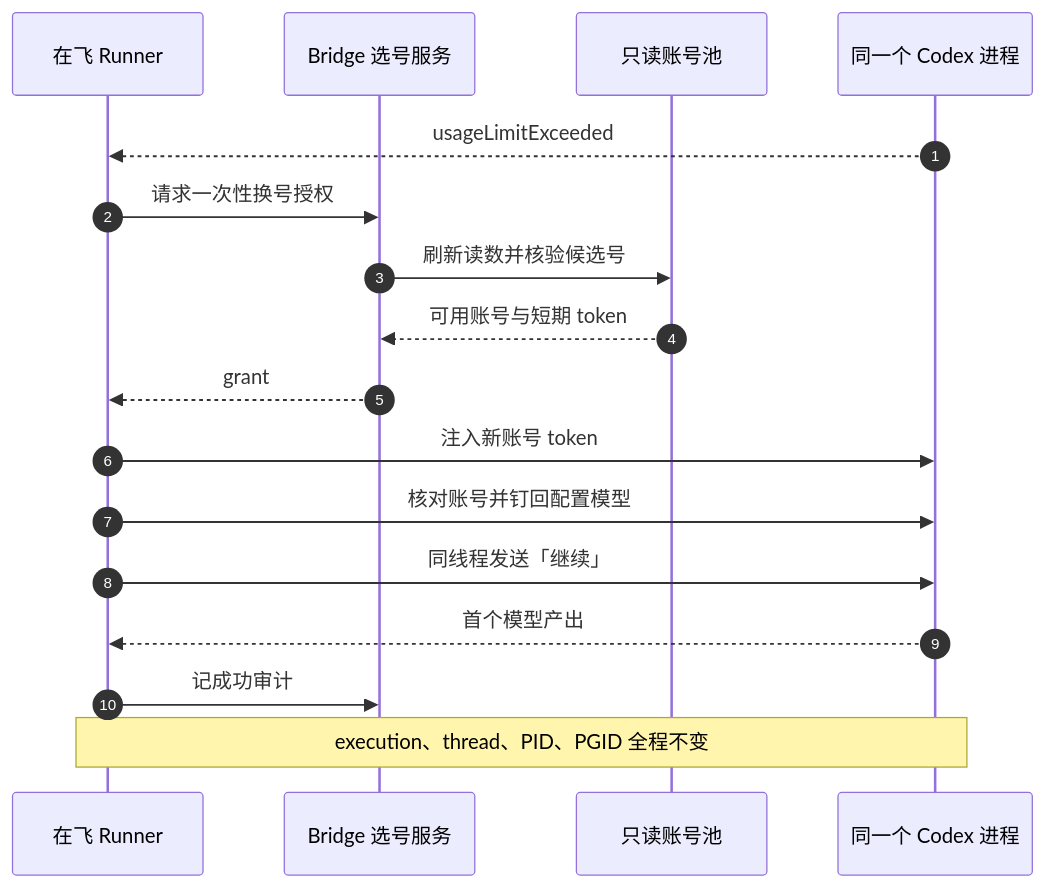
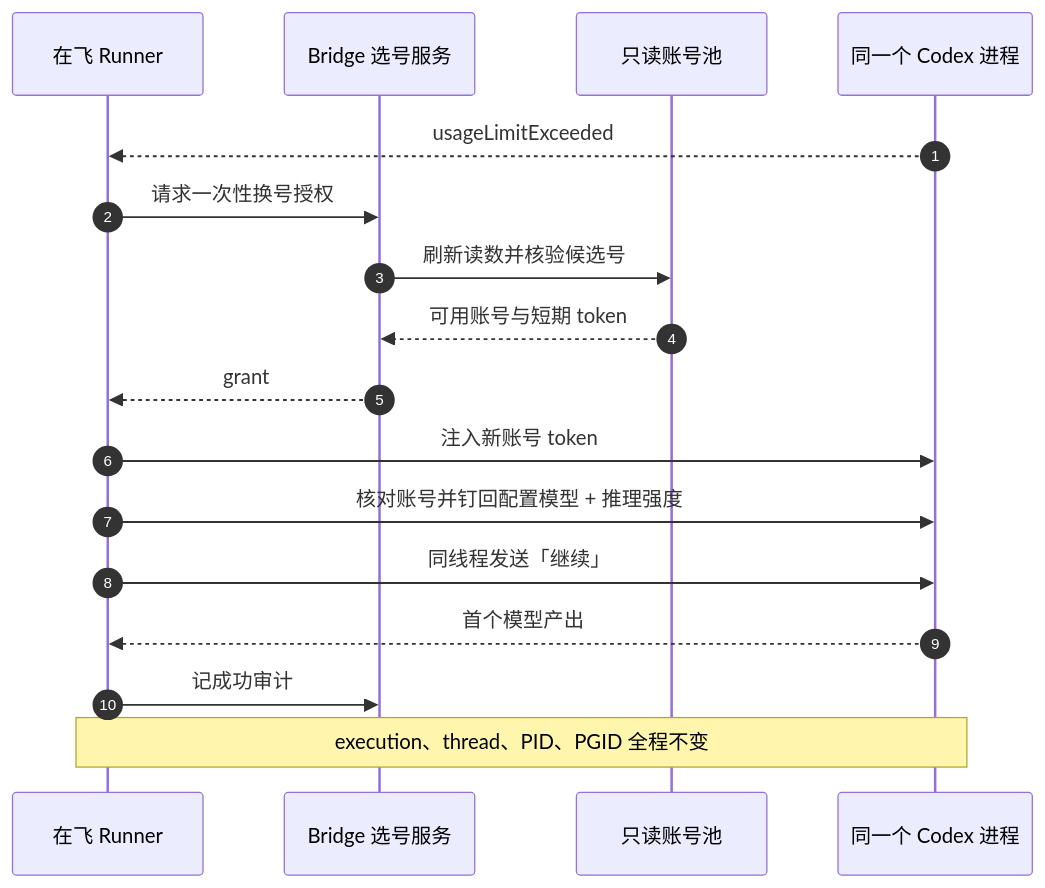
Before and after one commit to xrliAnnie/flywheel-qa-sandbox: the diagram in engineering/doc/FLY-2957-codex-hot-account-swap/core-flow.mmd, drawn with Mermaid. The commit also changed other lines of this file and 4 other files, not shown here.

```diff
--- a/engineering/doc/FLY-2957-codex-hot-account-swap/core-flow.mmd
+++ b/engineering/doc/FLY-2957-codex-hot-account-swap/core-flow.mmd
@@ -1,17 +1,17 @@
 sequenceDiagram
   autonumber
   participant R as 在飞 Runner
   participant B as Bridge 选号服务
   participant P as 只读账号池
   participant D as 同一个 Codex 进程
   D-->>R: usageLimitExceeded
   R->>B: 请求一次性换号授权
   B->>P: 刷新读数并核验候选号
   P-->>B: 可用账号与短期 token
   B-->>R: grant
   R->>D: 注入新账号 token
-  R->>D: 核对账号并钉回配置模型
+  R->>D: 核对账号并钉回配置模型 + 推理强度
   R->>D: 同线程发送「继续」
   D-->>R: 首个模型产出
   R->>B: 记成功审计
   Note over R,D: execution、thread、PID、PGID 全程不变
```
